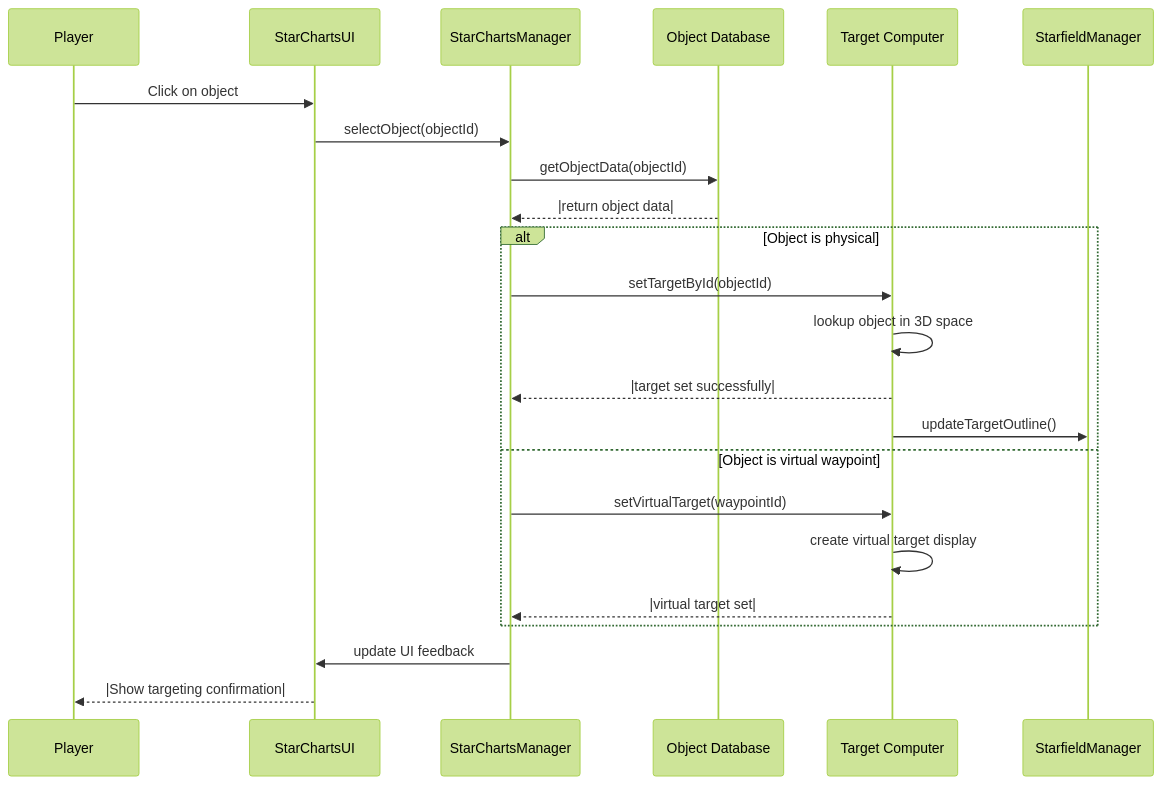
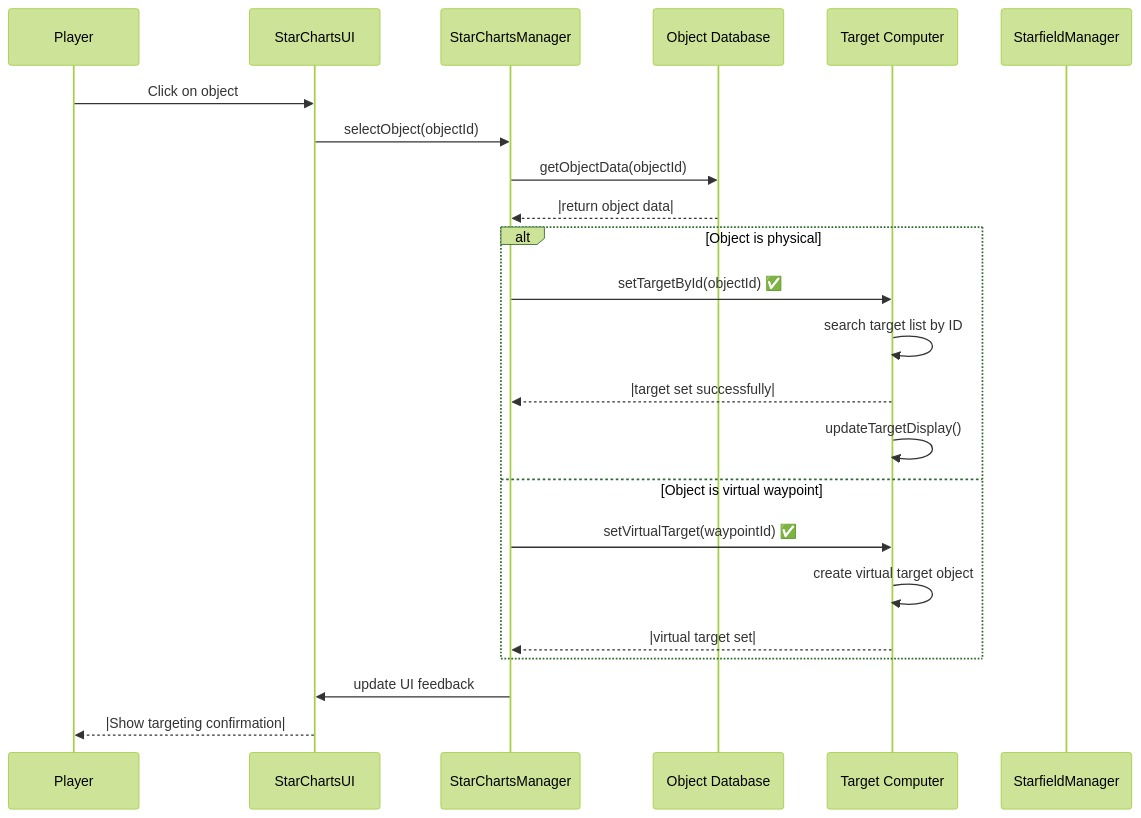
Before and after one commit to thoracle/planetz: the seventh of 7 diagrams in docs/star_charts_system_spec.md, drawn with Mermaid (forest theme). The commit also changed other lines of this file and 1 other file, not shown here.

````diff
--- a/docs/star_charts_system_spec.md
+++ b/docs/star_charts_system_spec.md
@@ -572,28 +613,28 @@
 ```mermaid
 sequenceDiagram
     participant User as Player
     participant SCUI as StarChartsUI
     participant SCM as StarChartsManager
     participant DB as Object Database
     participant TC as Target Computer
     participant Starfield as StarfieldManager
 
     User->>SCUI: Click on object
     SCUI->>SCM: selectObject(objectId)
     SCM->>DB: getObjectData(objectId)
     DB-->>SCM: |return object data|
 
     alt Object is physical
-        SCM->>TC: setTargetById(objectId)
-        TC->>TC: lookup object in 3D space
+        SCM->>TC: setTargetById(objectId) ✅
+        TC->>TC: search target list by ID
         TC-->>SCM: |target set successfully|
-        TC->>Starfield: updateTargetOutline()
+        TC->>TC: updateTargetDisplay()
     else Object is virtual waypoint
-        SCM->>TC: setVirtualTarget(waypointId)
-        TC->>TC: create virtual target display
+        SCM->>TC: setVirtualTarget(waypointId) ✅
+        TC->>TC: create virtual target object
         TC-->>SCM: |virtual target set|
     end
 
     SCM->>SCUI: update UI feedback
     SCUI-->>User: |Show targeting confirmation|
 ```
````
